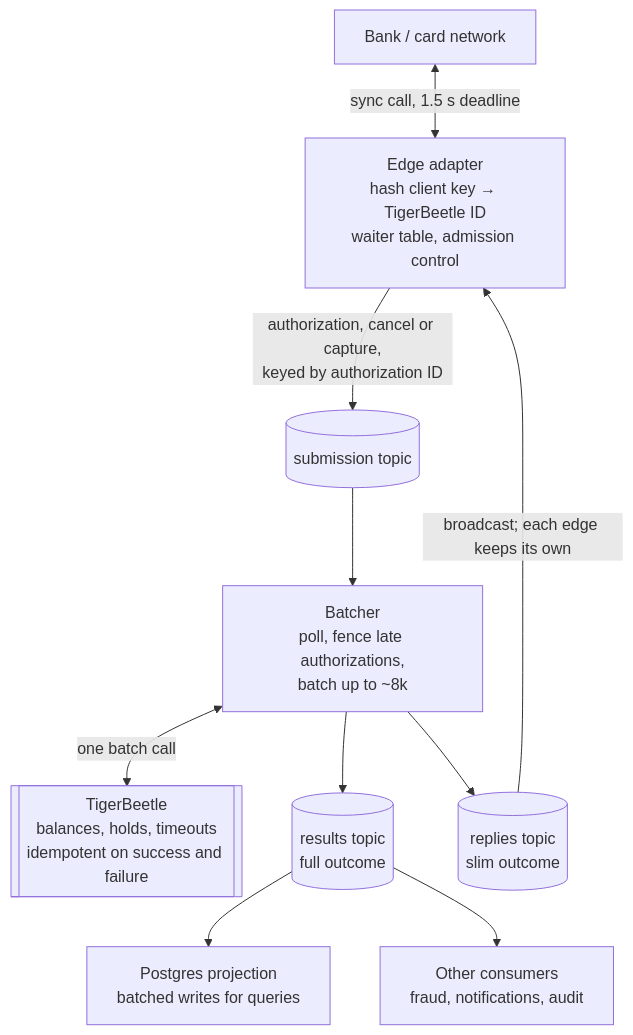
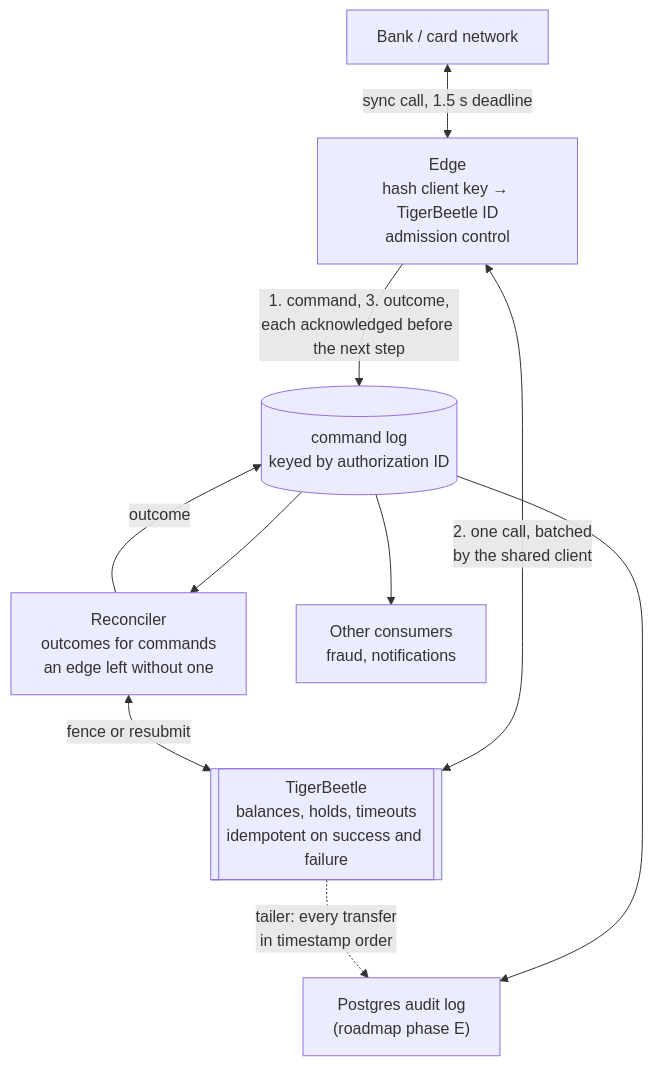
The diagram in README.md (nmarasoiu/dst-200ktps-ledger), drawn with Mermaid before and after one commit. The commit also changed other lines of this file and 3 other files, not shown here.

````diff
--- a/README.md
+++ b/README.md
@@ -49,13 +49,13 @@
 ```mermaid
 flowchart TD
     Bank["Bank / card network"] <-->|"sync call, 1.5 s deadline"| Edge
-    Edge["Edge adapter<br/>hash client key → TigerBeetle ID<br/>waiter table, admission control"]
-    Edge -->|"authorization, cancel or capture,<br/>keyed by authorization ID"| Sub[("submission topic")]
-    Sub --> Batcher["Batcher<br/>poll, fence late authorizations,<br/>batch up to ~8k"]
-    Batcher <-->|"one batch call"| TB[["TigerBeetle<br/>balances, holds, timeouts<br/>idempotent on success and failure"]]
-    Batcher --> Res[("results topic<br/>full outcome")]
-    Batcher --> Rep[("replies topic<br/>slim outcome")]
-    Rep -->|"broadcast; each edge keeps its own"| Edge
-    Res --> PG["Postgres projection<br/>batched writes for queries"]
-    Res --> Other["Other consumers<br/>fraud, notifications, audit"]
+    Edge["Edge<br/>hash client key → TigerBeetle ID<br/>admission control"]
+    Edge -->|"1. command, 3. outcome,<br/>each acknowledged before the next step"| Log[("command log<br/>keyed by authorization ID")]
+    Edge <-->|"2. one call, batched<br/>by the shared client"| TB[["TigerBeetle<br/>balances, holds, timeouts<br/>idempotent on success and failure"]]
+    Log --> Rec["Reconciler<br/>outcomes for commands<br/>an edge left without one"]
+    Rec <-->|"fence or resubmit"| TB
+    Rec -->|"outcome"| Log
+    Log --> PG["Postgres audit log<br/>(roadmap phase E)"]
+    Log --> Other["Other consumers<br/>fraud, notifications"]
+    TB -.->|"tailer: every transfer<br/>in timestamp order"| PG
 ```
````
